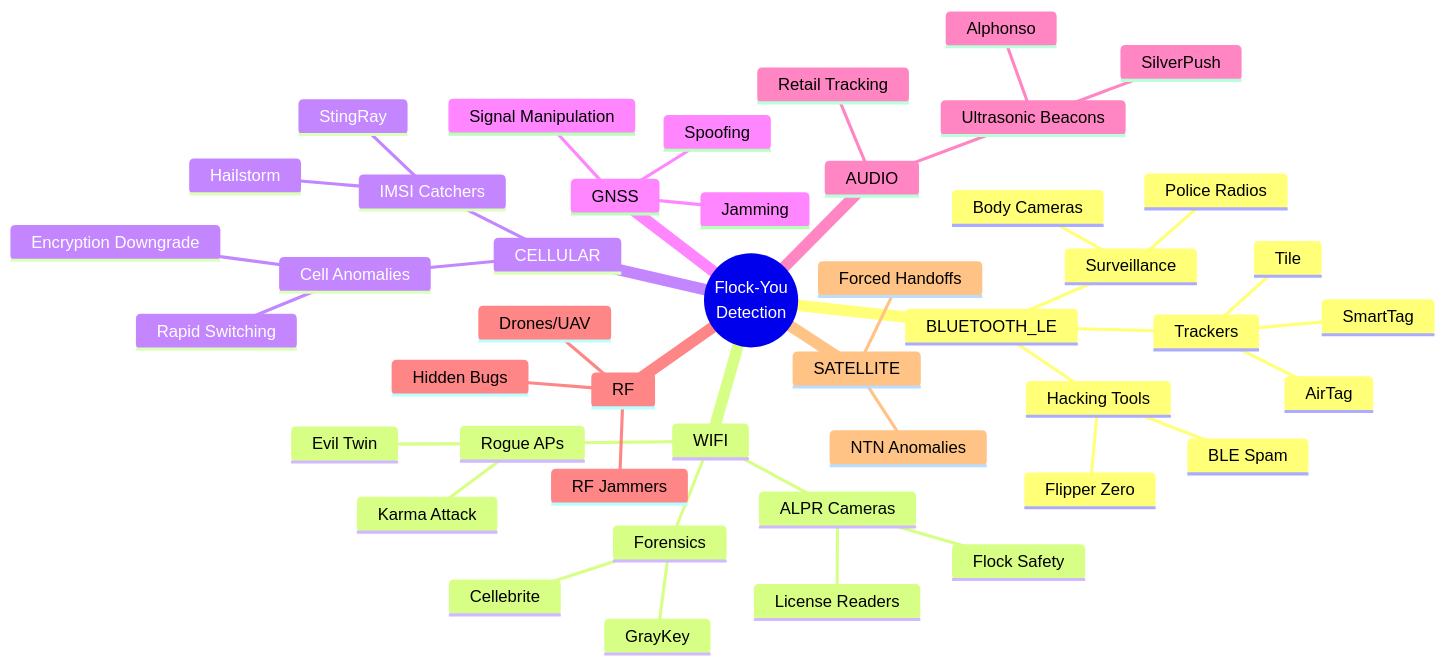
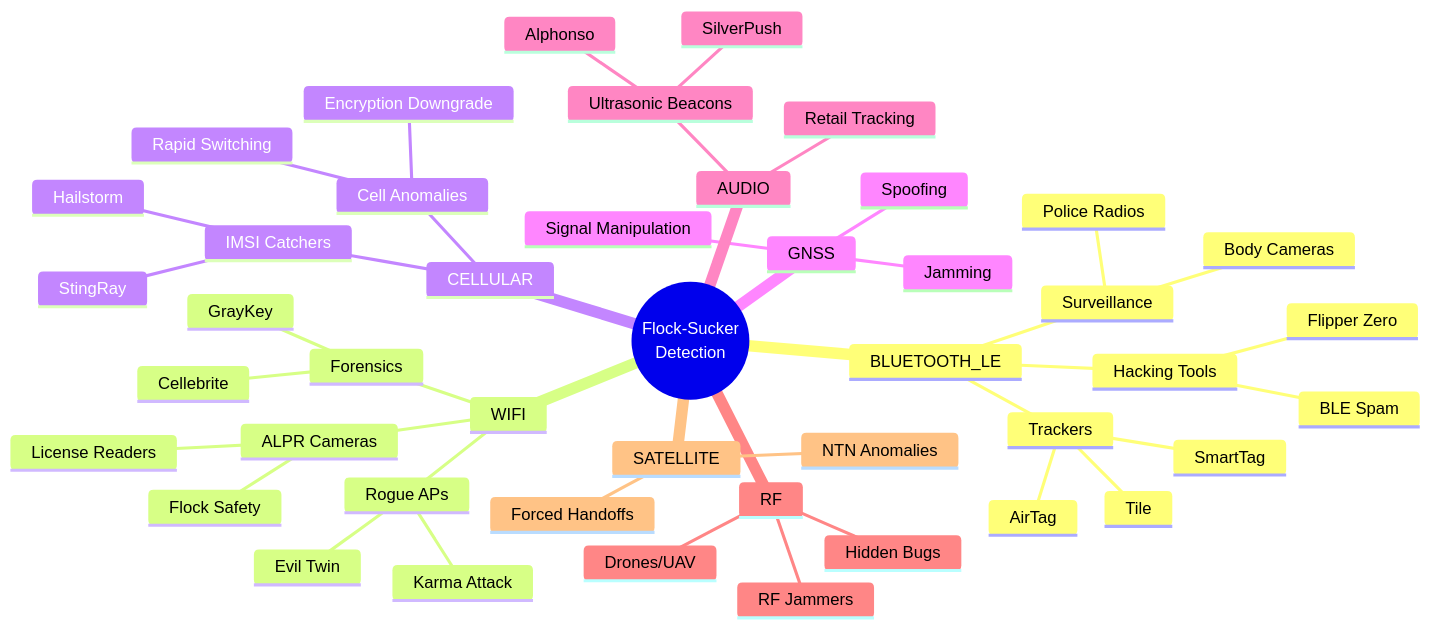
One commit to knowurknottty/Flock-Sucker changed the second of 10 diagrams in docs/detections/README.md. Above: the diagram before and after it, drawn with Mermaid. The commit also changed other lines of this file and 8 other files, not shown here.

````diff
--- a/docs/detections/README.md
+++ b/docs/detections/README.md
@@ -55,48 +55,48 @@
 ```mermaid
 mindmap
-    root((Flock-You<br/>Detection))
+    root((Flock-Sucker<br/>Detection))
         BLUETOOTH_LE
             Trackers
                 AirTag
                 Tile
                 SmartTag
             Surveillance
                 Body Cameras
                 Police Radios
             Hacking Tools
                 Flipper Zero
                 BLE Spam
         WIFI
             ALPR Cameras
                 Flock Safety
                 License Readers
             Forensics
                 Cellebrite
                 GrayKey
             Rogue APs
                 Evil Twin
                 Karma Attack
         CELLULAR
             IMSI Catchers
                 StingRay
                 Hailstorm
             Cell Anomalies
                 Encryption Downgrade
                 Rapid Switching
         GNSS
             Spoofing
             Jamming
             Signal Manipulation
         AUDIO
             Ultrasonic Beacons
                 SilverPush
                 Alphonso
             Retail Tracking
         RF
             Hidden Bugs
             Drones/UAV
             RF Jammers
         SATELLITE
             NTN Anomalies
             Forced Handoffs
 ```
````
